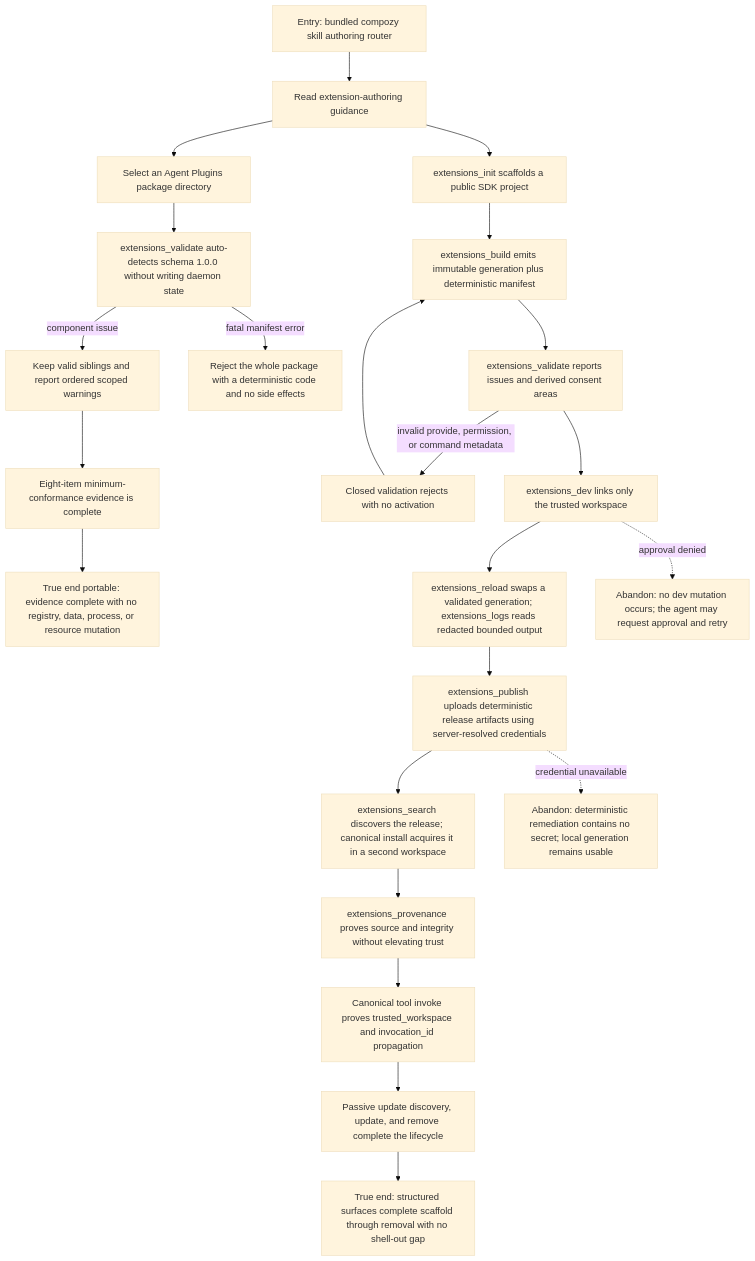
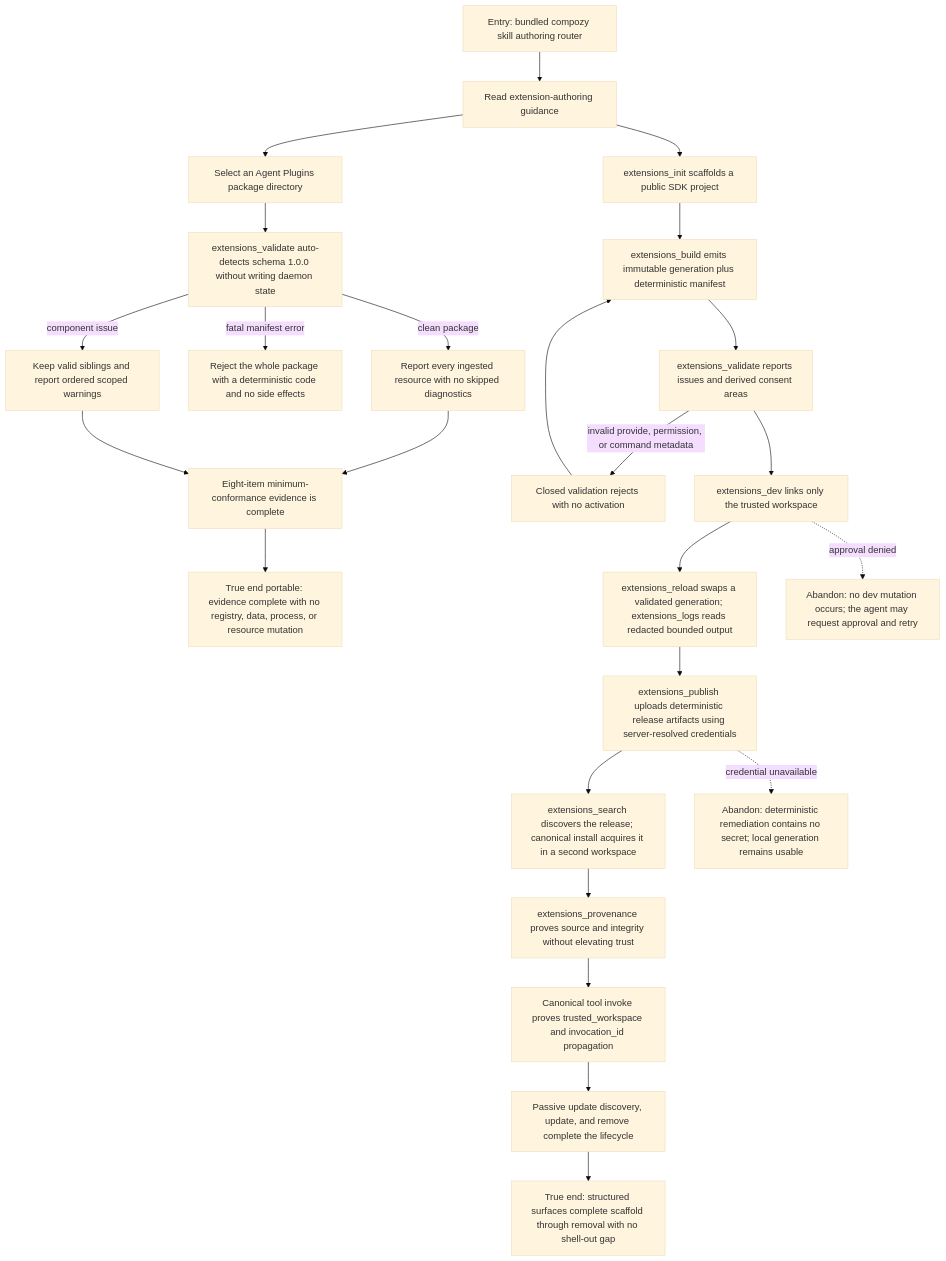
Before and after one commit to compozy/compozy: the diagram in docs/qa/journeys/J-extension-agent-authoring.md, drawn with Mermaid (base theme). The commit also changed other lines of this file and 140 other files, not shown here.

````diff
--- a/docs/qa/journeys/J-extension-agent-authoring.md
+++ b/docs/qa/journeys/J-extension-agent-authoring.md
@@ -7,25 +7,27 @@
 ```mermaid
 flowchart TD
   A[Entry: bundled compozy skill authoring router] --> B[Read extension-authoring guidance]
   B --> C[extensions_init scaffolds a public SDK project]
   C --> D[extensions_build emits immutable generation plus deterministic manifest]
   D --> E[extensions_validate reports issues and derived consent areas]
   B --> P[Select an Agent Plugins package directory]
   P --> P1[extensions_validate auto-detects schema 1.0.0 without writing daemon state]
   P1 -->|fatal manifest error| P2[Reject the whole package with a deterministic code and no side effects]
   P1 -->|component issue| P3[Keep valid siblings and report ordered scoped warnings]
+  P1 -->|clean package| P3A[Report every ingested resource with no skipped diagnostics]
+  P3A --> P4
   P3 --> P4[Eight-item minimum-conformance evidence is complete]
   P4 --> ZP[True end portable: evidence complete with no registry, data, process, or resource mutation]
   E -->|invalid provide, permission, or command metadata| E1[Closed validation rejects with no activation]
   E1 --> D
   E --> F[extensions_dev links only the trusted workspace]
   F --> G[extensions_reload swaps a validated generation; extensions_logs reads redacted bounded output]
   G --> H[extensions_publish uploads deterministic release artifacts using server-resolved credentials]
   H --> I[extensions_search discovers the release; canonical install acquires it in a second workspace]
   I --> J[extensions_provenance proves source and integrity without elevating trust]
   J --> K[Canonical tool invoke proves trusted_workspace and invocation_id propagation]
   K --> L[Passive update discovery, update, and remove complete the lifecycle]
   F -.->|approval denied| X1[Abandon: no dev mutation occurs; the agent may request approval and retry]
   H -.->|credential unavailable| X2[Abandon: deterministic remediation contains no secret; local generation remains usable]
   L --> Z[True end: structured surfaces complete scaffold through removal with no shell-out gap]
 ```
````
